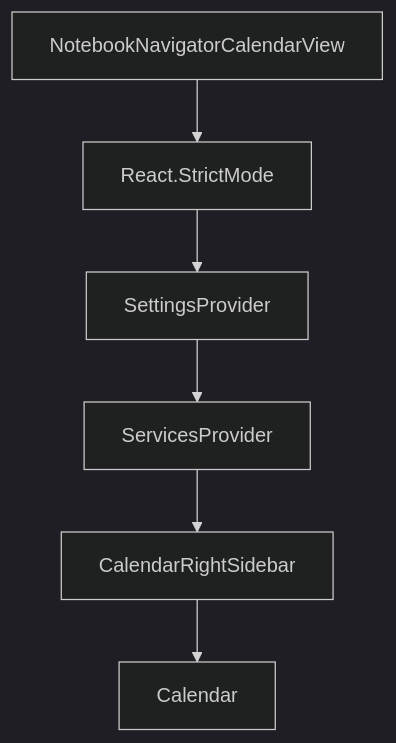
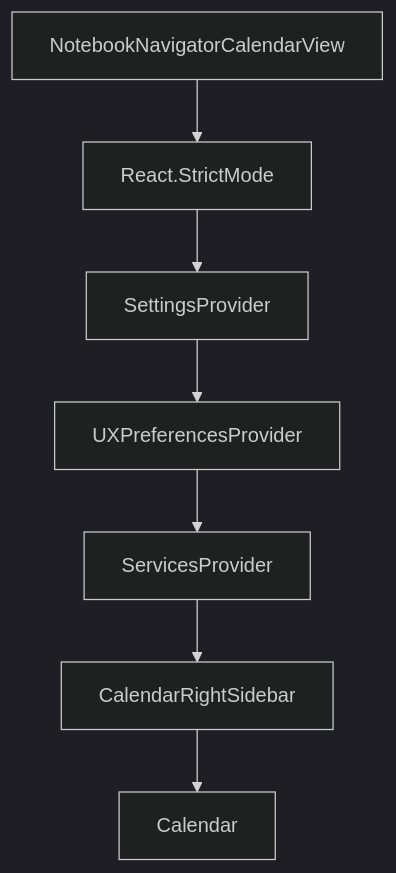
The second of 7 diagrams in docs/rendering-architecture.md (johansan/notebook-navigator), drawn with Mermaid (dark theme) before and after one commit. The commit also changed other lines of this file and 33 other files, not shown here.

Commit message:
Calendar notes now follow vault profile visibility, including hidden folders and `Show hidden items` in the right sidebar.

````diff
--- a/docs/rendering-architecture.md
+++ b/docs/rendering-architecture.md
@@ -138,5 +138,5 @@
 ```mermaid
 graph TD
-    CV["NotebookNavigatorCalendarView"] --> SM["React.StrictMode"] --> SP["SettingsProvider"] --> SVC["ServicesProvider"] --> CRS["CalendarRightSidebar"];
+    CV["NotebookNavigatorCalendarView"] --> SM["React.StrictMode"] --> SP["SettingsProvider"] --> UX["UXPreferencesProvider"] --> SVC["ServicesProvider"] --> CRS["CalendarRightSidebar"];
     CRS --> CAL["Calendar"];
 ```
````
